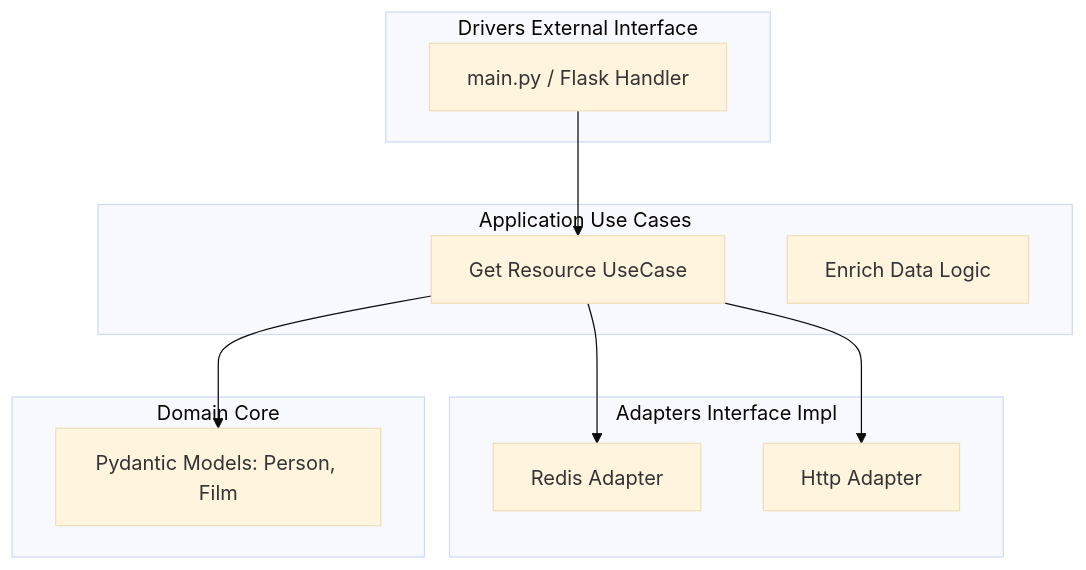
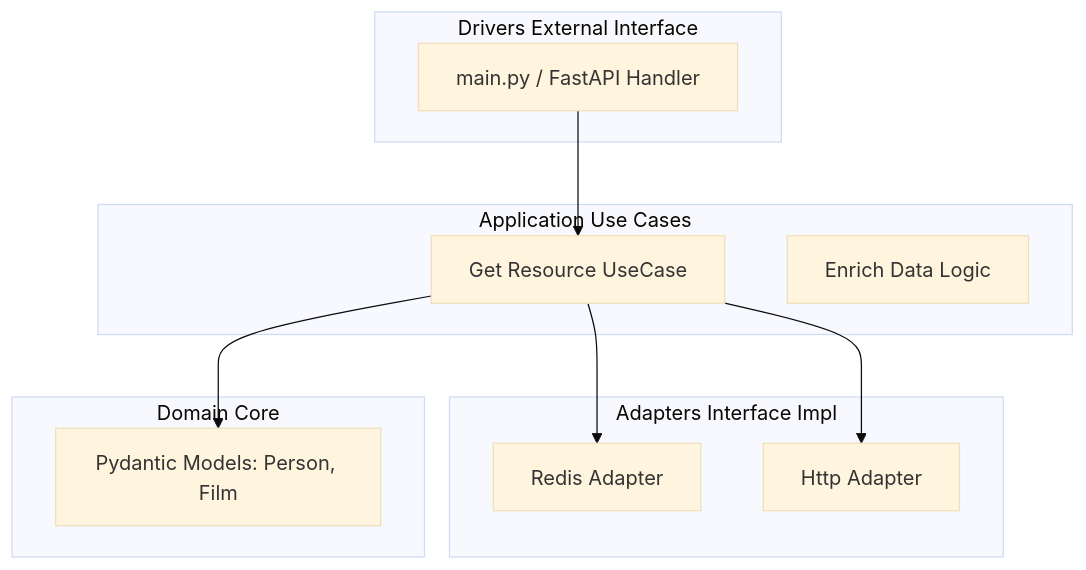
One commit to guisilveira/stellar-gateway changed the second of 4 diagrams in ARCHITECTURE.MD. Above: the diagram before and after it, drawn with Mermaid (base theme). The commit also changed other lines of this file and 4 other files, not shown here.

````diff
--- a/ARCHITECTURE.MD
+++ b/ARCHITECTURE.MD
@@ -63,25 +63,25 @@
 ```mermaid
 graph TD
     subgraph "Drivers External Interface"
-        Main[main.py / Flask Handler]
+        Main[main.py / FastAPI Handler]
     end
 
     subgraph "Adapters Interface Impl"
         RedisClient[Redis Adapter]
         SwapiClient[Http Adapter]
     end
 
     subgraph "Application Use Cases"
         GetResource[Get Resource UseCase]
         EnrichData[Enrich Data Logic]
     end
 
     subgraph "Domain Core"
         Models[Pydantic Models: Person, Film]
     end
 
     Main --> GetResource
     GetResource --> Models
     GetResource --> RedisClient
     GetResource --> SwapiClient
 ```
````
